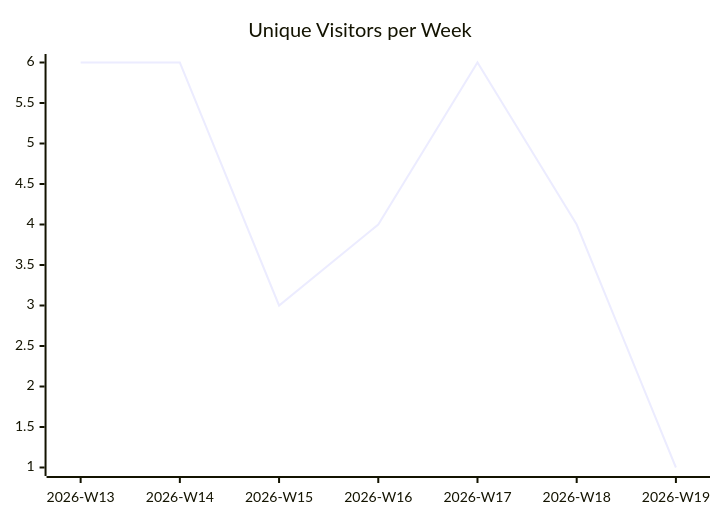
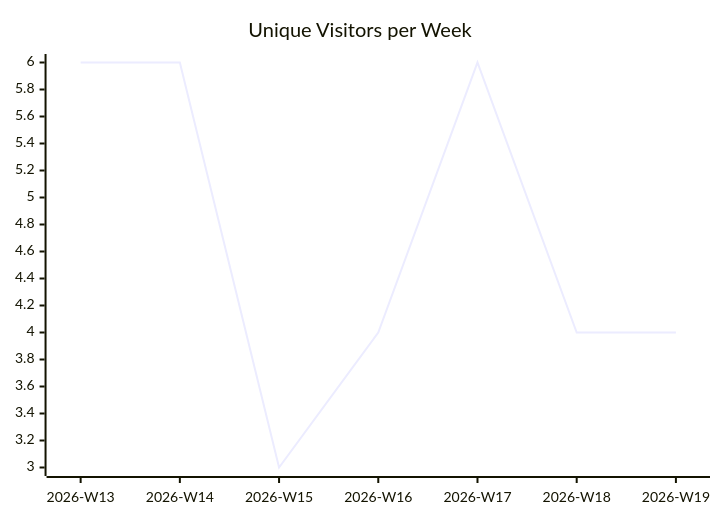
The first of 3 diagrams in karlmdavis/ksoap2-android/README.md (justdavis-family/github-analytics-data), drawn with Mermaid before and after one commit. The commit also changed other lines of this file and 187 other files, not shown here.

````diff
--- a/karlmdavis/ksoap2-android/README.md
+++ b/karlmdavis/ksoap2-android/README.md
@@ -5,6 +5,6 @@
 ```mermaid
 xychart-beta
   title "Unique Visitors per Week"
   x-axis ["2026-W13", "2026-W14", "2026-W15", "2026-W16", "2026-W17", "2026-W18", "2026-W19"]
-  line [6, 6, 3, 4, 6, 4, 1]
+  line [6, 6, 3, 4, 6, 4, 4]
 ```
````
